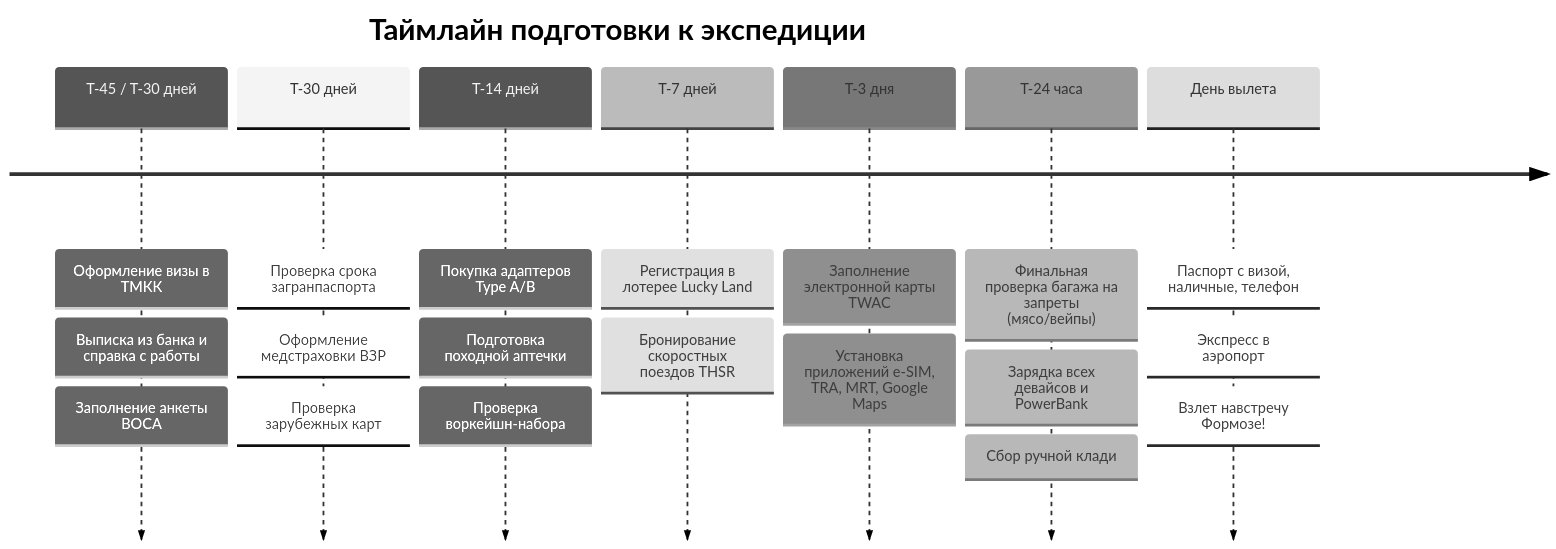
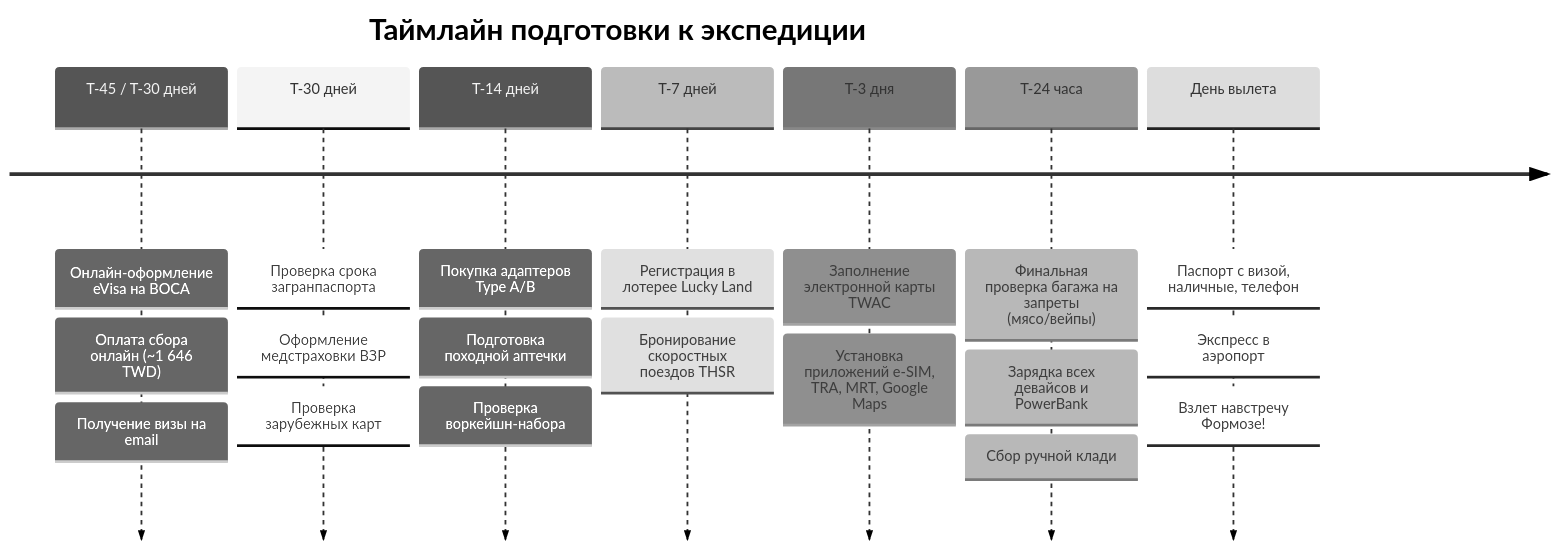
The second of 2 diagrams in Personal Note/Travel/-- Taiwan/06 - Чек лист/Чек-лист подготовки и сборов.md (injurka/obsidian-mark), drawn with Mermaid (neutral theme) before and after one commit. The commit also changed 79 other files, not shown here.

````diff
--- a/Personal Note/Travel/-- Taiwan/06 - Чек лист/Чек-лист подготовки и сборов.md
+++ b/Personal Note/Travel/-- Taiwan/06 - Чек лист/Чек-лист подготовки и сборов.md
@@ -174,11 +174,11 @@
 ```mermaid
 timeline
     title Таймлайн подготовки к экспедиции
-    T-45 / T-30 дней : Оформление визы в ТМКК : Выписка из банка и справка с работы : Заполнение анкеты BOCA
+    T-45 / T-30 дней : Онлайн-оформление eVisa на BOCA : Оплата сбора онлайн (~1 646 TWD) : Получение визы на email
     T-30 дней : Проверка срока загранпаспорта : Оформление медстраховки ВЗР : Проверка зарубежных карт
     T-14 дней : Покупка адаптеров Type A/B : Подготовка походной аптечки : Проверка воркейшн-набора
     T-7 дней : Регистрация в лотерее Lucky Land : Бронирование скоростных поездов THSR
     T-3 дня : Заполнение электронной карты TWAC : Установка приложений e-SIM, TRA, MRT, Google Maps
     T-24 часа : Финальная проверка багажа на запреты (мясо/вейпы) : Зарядка всех девайсов и PowerBank : Сбор ручной клади
     День вылета : Паспорт с визой, наличные, телефон : Экспресс в аэропорт : Взлет навстречу Формозе!
 ```
````
